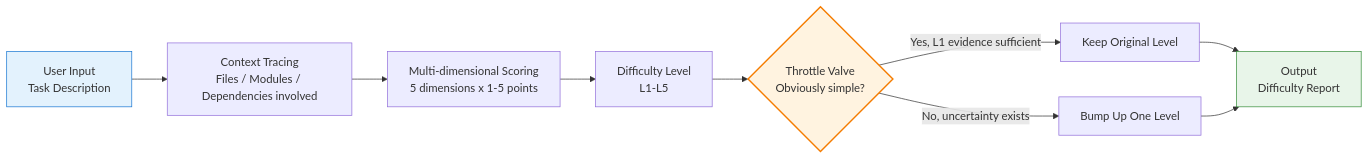
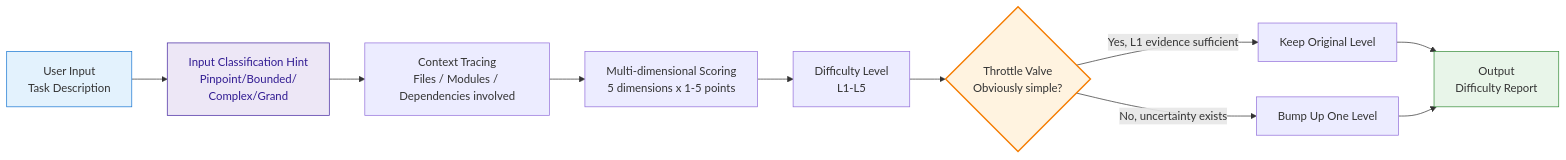
The diagram in skills-en/task-difficulty/SKILL.md (YuluoY/Ironweave), drawn with Mermaid before and after one commit. The commit also changed other lines of this file and 20 other files, not shown here.

````diff
--- a/skills-en/task-difficulty/SKILL.md
+++ b/skills-en/task-difficulty/SKILL.md
@@ -16,19 +16,21 @@
 ```mermaid
 graph LR
     INPUT["User Input<br/>Task Description"]
+    CLASS["Input Classification Hint<br/>Pinpoint/Bounded/<br>Complex/Grand"]
     CTX["Context Tracing<br/>Files / Modules / Dependencies involved"]
     SCORE["Multi-dimensional Scoring<br/>5 dimensions x 1-5 points"]
     LEVEL["Difficulty Level<br/>L1-L5"]
     THROTTLE{"Throttle Valve<br/>Obviously simple?"}
     OUT_KEEP["Keep Original Level"]
     OUT_BUMP["Bump Up One Level"]
     RESULT["Output<br/>Difficulty Report"]
 
-    INPUT --> CTX --> SCORE --> LEVEL --> THROTTLE
+    INPUT --> CLASS --> CTX --> SCORE --> LEVEL --> THROTTLE
     THROTTLE -->|"Yes, L1 evidence sufficient"| OUT_KEEP --> RESULT
     THROTTLE -->|"No, uncertainty exists"| OUT_BUMP --> RESULT
 
     style INPUT fill:#e3f2fd,stroke:#1976d2
+    style CLASS fill:#ede7f6,stroke:#4527a0,color:#311b92
     style THROTTLE fill:#fff3e0,stroke:#f57c00,stroke-width:2px
     style RESULT fill:#e8f5e9,stroke:#388e3c
 ```
````
